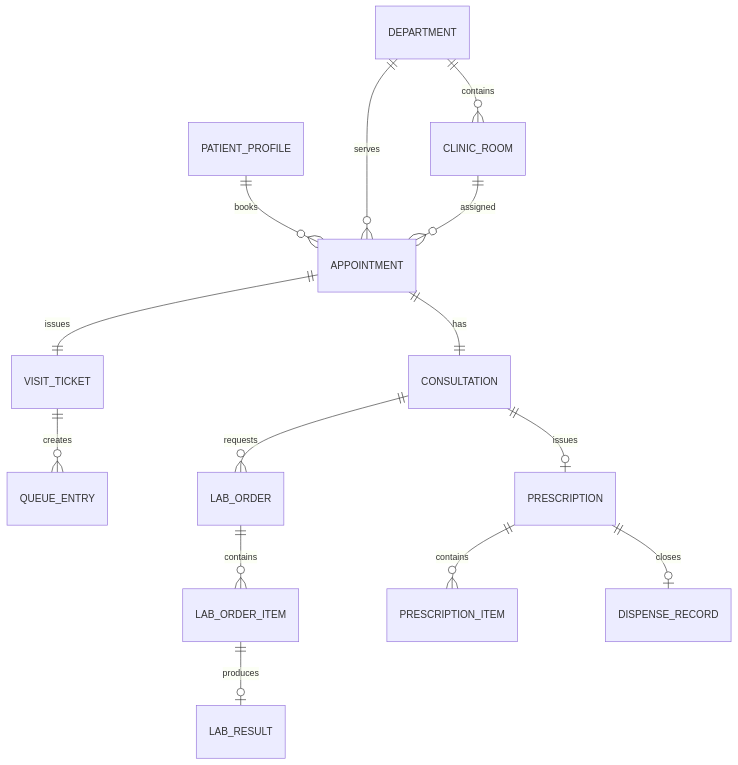
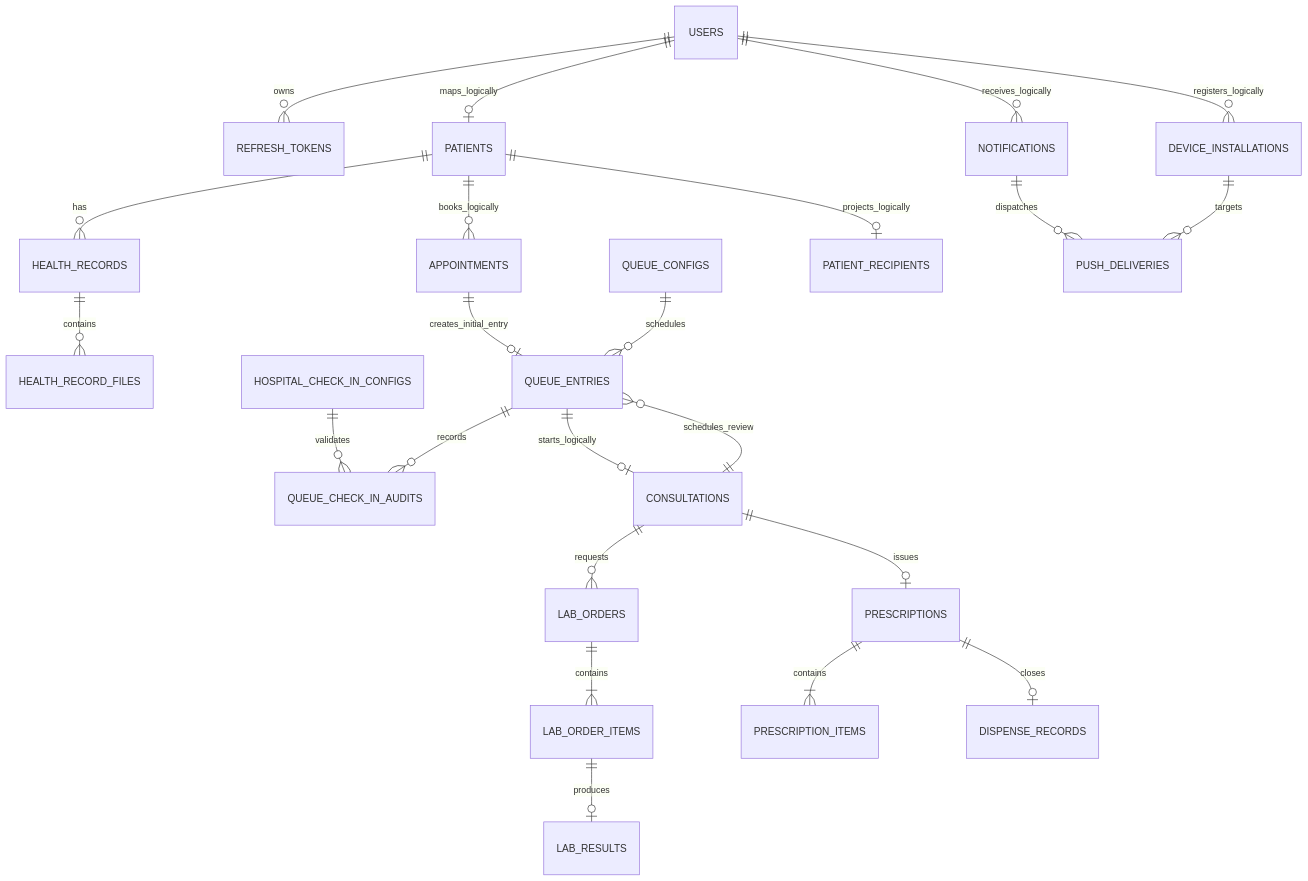
Before and after one commit to ntkhai268/careflow: the tenth of 10 diagrams in docs/report/chapter-04-design.md, drawn with Mermaid. The commit also changed other lines of this file and 38 other files, not shown here.

Commit message:
docs: update report and QR check-in flow

````diff
--- a/docs/report/chapter-04-design.md
+++ b/docs/report/chapter-04-design.md
@@ -381,16 +401,25 @@
 ```mermaid
 erDiagram
-    DEPARTMENT ||--o{ CLINIC_ROOM : contains
-    PATIENT_PROFILE ||--o{ APPOINTMENT : books
-    DEPARTMENT ||--o{ APPOINTMENT : serves
-    CLINIC_ROOM ||--o{ APPOINTMENT : assigned
-    APPOINTMENT ||--|| VISIT_TICKET : issues
-    VISIT_TICKET ||--o{ QUEUE_ENTRY : creates
-    APPOINTMENT ||--|| CONSULTATION : has
-    CONSULTATION ||--o{ LAB_ORDER : requests
-    LAB_ORDER ||--o{ LAB_ORDER_ITEM : contains
-    LAB_ORDER_ITEM ||--o| LAB_RESULT : produces
-    CONSULTATION ||--o| PRESCRIPTION : issues
-    PRESCRIPTION ||--o{ PRESCRIPTION_ITEM : contains
-    PRESCRIPTION ||--o| DISPENSE_RECORD : closes
+    USERS ||--o{ REFRESH_TOKENS : owns
+    USERS ||--o| PATIENTS : maps_logically
+    PATIENTS ||--o{ HEALTH_RECORDS : has
+    HEALTH_RECORDS ||--o{ HEALTH_RECORD_FILES : contains
+    PATIENTS ||--o{ APPOINTMENTS : books_logically
+    APPOINTMENTS ||--o| QUEUE_ENTRIES : creates_initial_entry
+    HOSPITAL_CHECK_IN_CONFIGS ||--o{ QUEUE_CHECK_IN_AUDITS : validates
+    QUEUE_ENTRIES ||--o{ QUEUE_CHECK_IN_AUDITS : records
+    QUEUE_CONFIGS ||--o{ QUEUE_ENTRIES : schedules
+    QUEUE_ENTRIES ||--o| CONSULTATIONS : starts_logically
+    CONSULTATIONS ||--o{ QUEUE_ENTRIES : schedules_review
+    CONSULTATIONS ||--o{ LAB_ORDERS : requests
+    LAB_ORDERS ||--|{ LAB_ORDER_ITEMS : contains
+    LAB_ORDER_ITEMS ||--o| LAB_RESULTS : produces
+    CONSULTATIONS ||--o| PRESCRIPTIONS : issues
+    PRESCRIPTIONS ||--|{ PRESCRIPTION_ITEMS : contains
+    PRESCRIPTIONS ||--o| DISPENSE_RECORDS : closes
+    PATIENTS ||--o| PATIENT_RECIPIENTS : projects_logically
+    USERS ||--o{ DEVICE_INSTALLATIONS : registers_logically
+    USERS ||--o{ NOTIFICATIONS : receives_logically
+    NOTIFICATIONS ||--o{ PUSH_DELIVERIES : dispatches
+    DEVICE_INSTALLATIONS ||--o{ PUSH_DELIVERIES : targets
 ```
````
